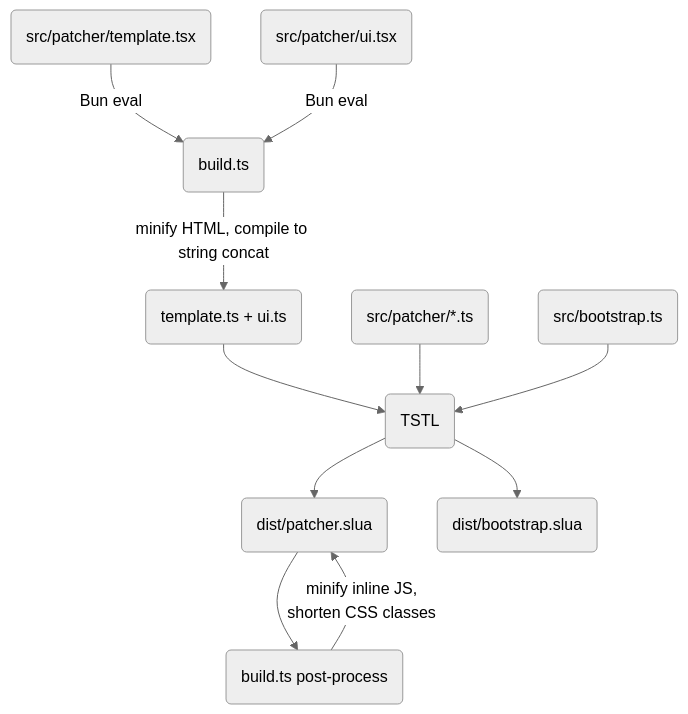
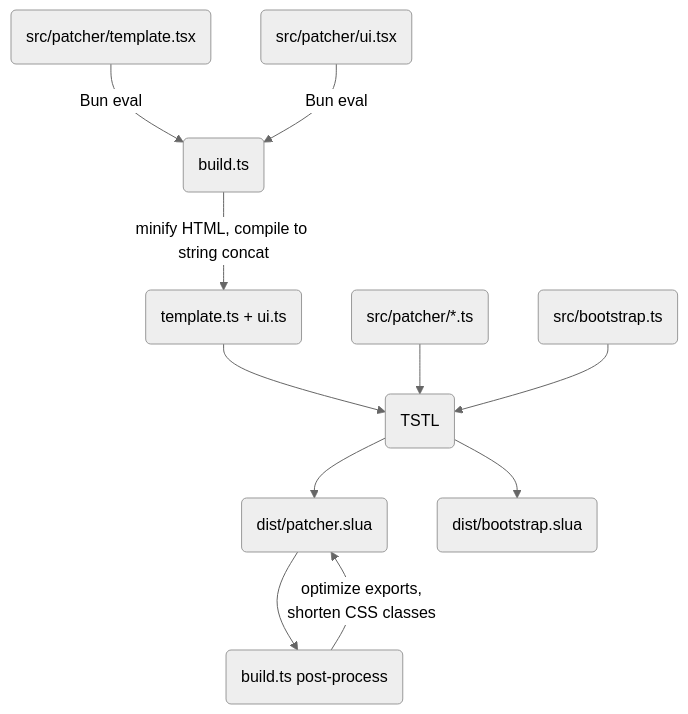
Before and after one commit to gwigz/slua-derez-patcher: the second of 3 diagrams in README.md, drawn with Mermaid (neutral theme). The commit also changed 16 other files, not shown here.

````diff
--- a/README.md
+++ b/README.md
@@ -109,13 +109,13 @@
 ```mermaid
 flowchart TD
     A(src/patcher/template.tsx) -->|Bun eval| B(build.ts)
     C(src/patcher/ui.tsx) -->|Bun eval| B
     B -->|minify HTML, compile to string concat| D(template.ts + ui.ts)
     D --> E(TSTL)
     F(src/patcher/*.ts) --> E
     G(src/bootstrap.ts) --> E
     E --> H(dist/patcher.slua)
     E --> I(dist/bootstrap.slua)
     H --> J(build.ts post-process)
-    J -->|minify inline JS,\nshorten CSS classes| H
+    J -->|optimize exports,\nshorten CSS classes| H
 ```
````
